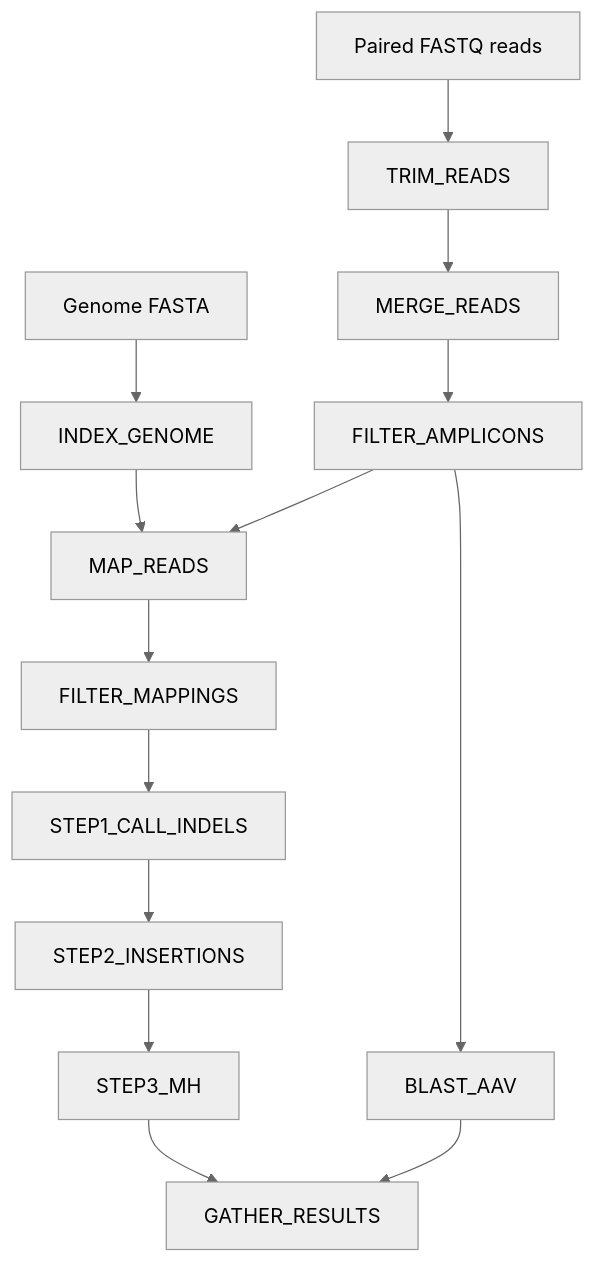
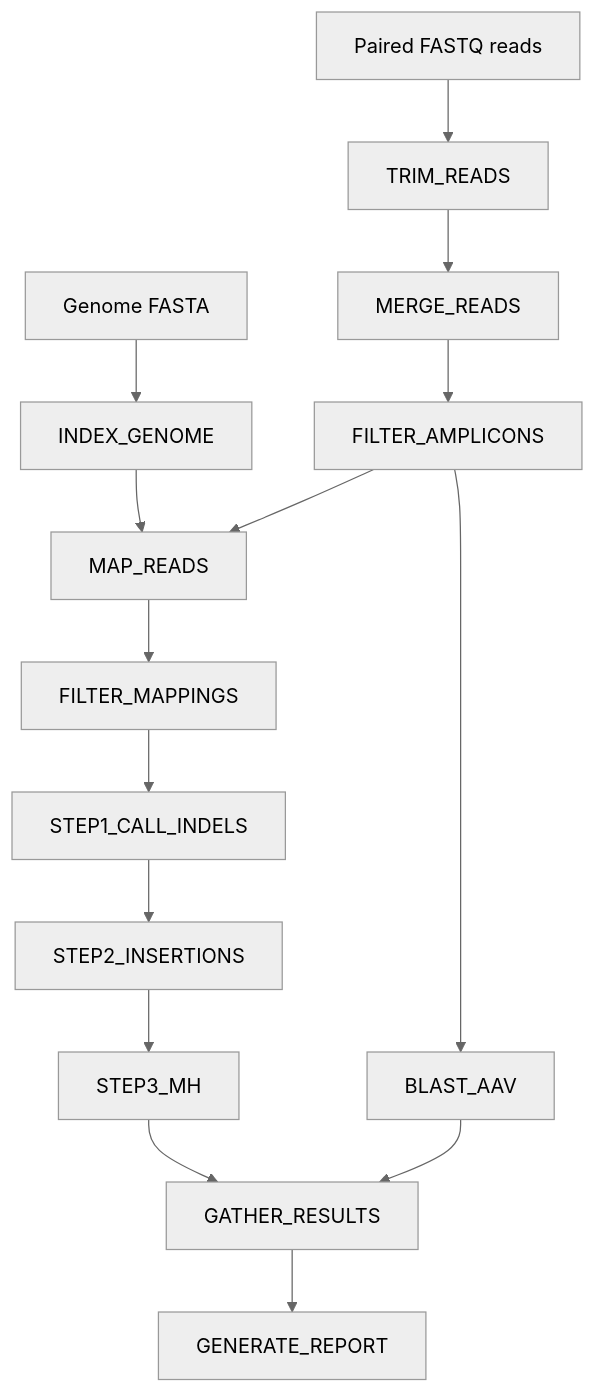
One commit to bilbaom/CAAVIAR changed the diagram in README.md. Above: the diagram before and after it, drawn with Mermaid (neutral theme). The commit also changed other lines of this file and 21 other files, not shown here.

````diff
--- a/README.md
+++ b/README.md
@@ -13,45 +11,47 @@
 ```mermaid
 flowchart TB
 
     %% Inputs
     reads["Paired FASTQ reads"]
     genome["Genome FASTA"]
 
     %% Core pipeline
     TRIM["TRIM_READS"]
     MERGE["MERGE_READS"]
     FILTER_AMP["FILTER_AMPLICONS"]
     INDEX["INDEX_GENOME"]
     MAP["MAP_READS"]
     FILTER_MAP["FILTER_MAPPINGS"]
     BLAST["BLAST_AAV"]
 
     STEP1["STEP1_CALL_INDELS"]
     STEP2["STEP2_INSERTIONS"]
     STEP3["STEP3_MH"]
     GATHER["GATHER_RESULTS"]
+    REPORT["GENERATE_REPORT"]
 
     %% Flow
     reads --> TRIM
     TRIM --> MERGE
     MERGE --> FILTER_AMP
 
     genome --> INDEX
     INDEX --> MAP
 
     FILTER_AMP --> MAP
     MAP --> FILTER_MAP
 
     %% Branch: indels
     FILTER_MAP --> STEP1
     STEP1 --> STEP2
     STEP2 --> STEP3
 
     %% Branch: AAV blast
     FILTER_AMP --> BLAST
 
     %% Merge results
     STEP3 --> GATHER
     BLAST --> GATHER
+    GATHER --> REPORT
 
 ```
````
